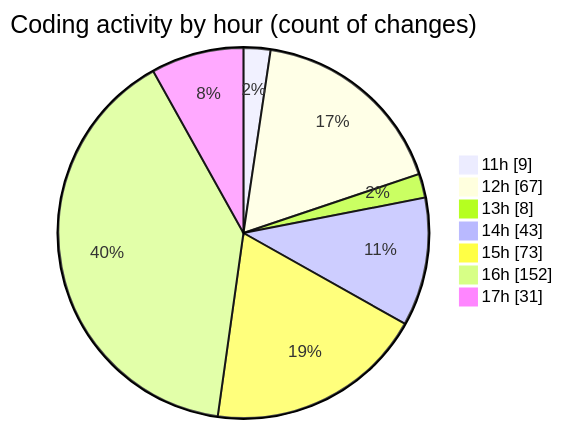
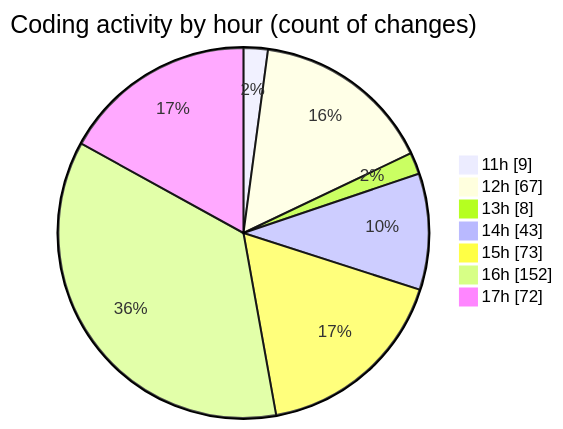
Before and after one commit to nxtqubesakshisongat/code-tracking: the second of 2 diagrams in 2026-08-23/nxtqube_webapp/README.md, drawn with Mermaid. The commit also changed other lines of this file and 1 other file, not shown here.

````diff
--- a/2026-08-23/nxtqube_webapp/README.md
+++ b/2026-08-23/nxtqube_webapp/README.md
@@ -130,11 +132,11 @@
 ```mermaid
 pie showData
 title Coding activity by hour (count of changes)
 "11h" : 9
 "12h" : 67
 "13h" : 8
 "14h" : 43
 "15h" : 73
 "16h" : 152
-"17h" : 31
+"17h" : 72
 ```
````
